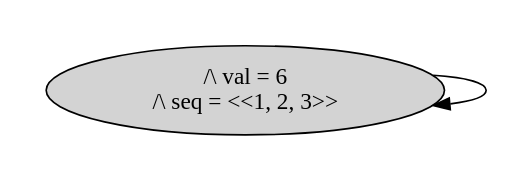
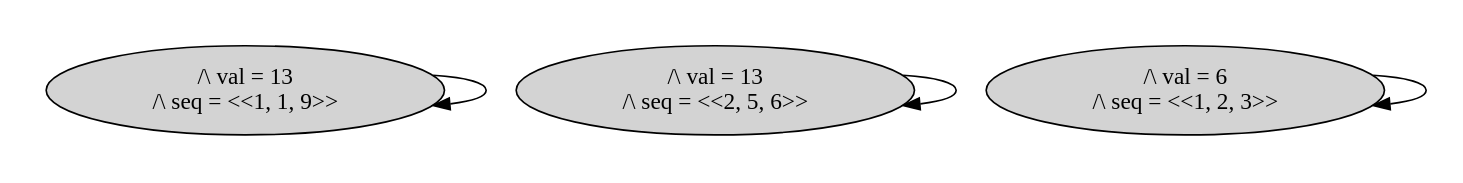
One commit to will62794/tla-web changed the diagram in specs/with_state_graphs/simple_folds.tla.dot. Above: the diagram before and after it, drawn with Graphviz. The commit also changed 3 other files, not shown here.

```diff
--- a/specs/with_state_graphs/simple_folds.tla.dot
+++ b/specs/with_state_graphs/simple_folds.tla.dot
@@ -1,9 +1,13 @@
 strict digraph DiskGraph {
 nodesep=0.35;
 subgraph cluster_graph {
 color="white";
 -2475708099053023668 [label="/\\ val = 6\n/\\ seq = <<1, 2, 3>>",style = filled]
+2321704306434589757 [label="/\\ val = 13\n/\\ seq = <<2, 5, 6>>",style = filled]
+-1018551116925958002 [label="/\\ val = 13\n/\\ seq = <<1, 1, 9>>",style = filled]
 -2475708099053023668 -> -2475708099053023668 [label="",color="black",fontcolor="black"];
-{rank = same; -2475708099053023668;}
+2321704306434589757 -> 2321704306434589757 [label="",color="black",fontcolor="black"];
+-1018551116925958002 -> -1018551116925958002 [label="",color="black",fontcolor="black"];
+{rank = same; -2475708099053023668;2321704306434589757;-1018551116925958002;}
 }
 }
```
